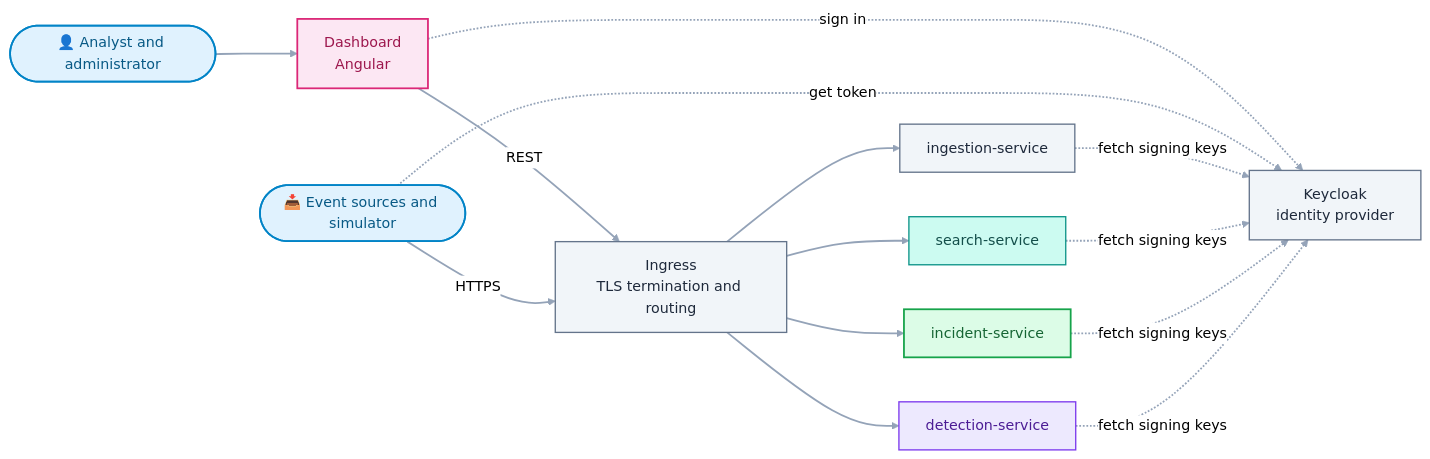
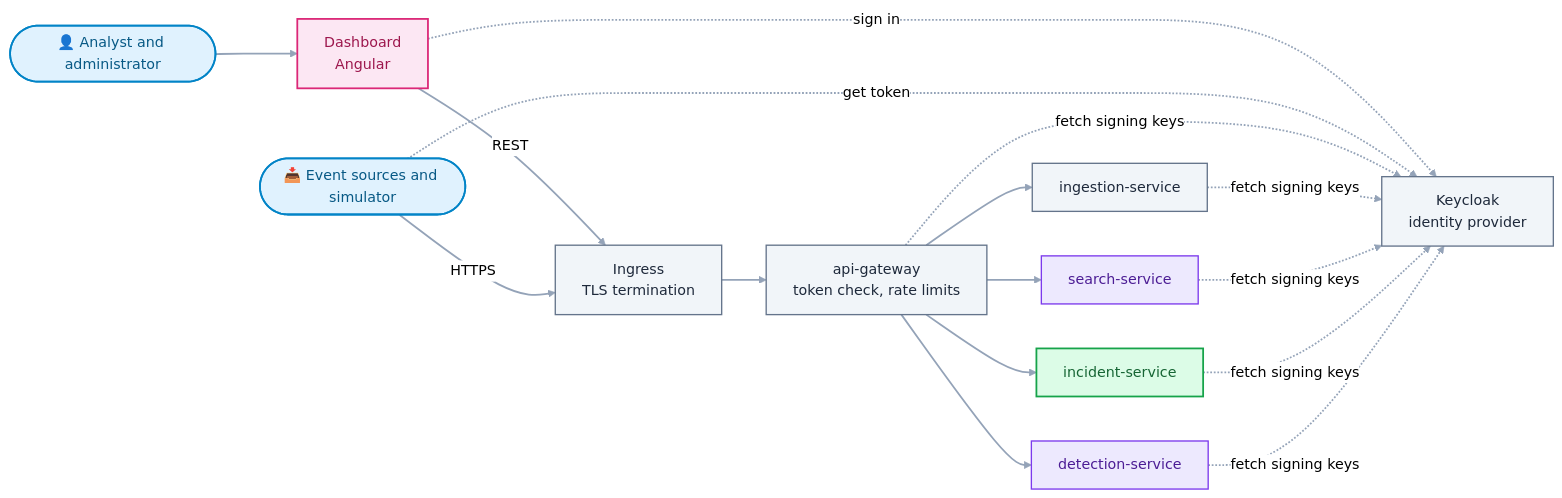
One commit to SecOpsCore/docs changed the third of 7 diagrams in ARCHITECTURE.md. Above: the diagram before and after it, drawn with Mermaid (neutral theme). The commit also changed other lines of this file, not shown here.

Commit message:
docs: update ARCHITECTURE

````diff
--- a/ARCHITECTURE.md
+++ b/ARCHITECTURE.md
@@ -201,42 +205,43 @@
 ```mermaid
 flowchart LR
     ANA(["👤 Analyst and administrator"])
     SRC(["📥 Event sources and simulator"])
     DSH["Dashboard<br/>Angular"]
-    GW["Ingress<br/>TLS termination and routing"]
+    EDG["Ingress<br/>TLS termination"]
+    GWY["api-gateway<br/>token check, rate limits"]
     KC["Keycloak<br/>identity provider"]
     ING["ingestion-service"]
     SRCH["search-service"]
     INC["incident-service"]
     DET["detection-service"]
 
     ANA --> DSH
-    DSH -->|"REST"| GW
+    DSH -->|"REST"| EDG
     DSH -.->|"sign in"| KC
-    SRC -->|"HTTPS"| GW
+    SRC -->|"HTTPS"| EDG
     SRC -.->|"get token"| KC
-    GW --> ING
-    GW --> SRCH
-    GW --> INC
-    GW --> DET
+    EDG --> GWY
+    GWY --> ING
+    GWY --> SRCH
+    GWY --> INC
+    GWY --> DET
+    GWY -.->|"fetch signing keys"| KC
     ING -.->|"fetch signing keys"| KC
     SRCH -.->|"fetch signing keys"| KC
     INC -.->|"fetch signing keys"| KC
     DET -.->|"fetch signing keys"| KC
 
     classDef source fill:#E0F2FE,stroke:#0284C7,color:#075985,stroke-width:2px
     classDef pipeline fill:#F1F5F9,stroke:#64748B,color:#1E293B,stroke-width:1.5px
-    classDef storage fill:#CCFBF1,stroke:#0D9488,color:#134E4A,stroke-width:1.5px
     classDef processing fill:#EDE9FE,stroke:#7C3AED,color:#4C1D95,stroke-width:1.5px
     classDef output fill:#DCFCE7,stroke:#16A34A,color:#166534,stroke-width:2px
     classDef frontend fill:#FCE7F3,stroke:#DB2777,color:#9D174D,stroke-width:2px
 
     class ANA,SRC source
-    class GW,ING,KC pipeline
-    class SRCH storage
-    class DET processing
+    class EDG,GWY,ING,KC pipeline
+    class SRCH,DET processing
     class INC output
     class DSH frontend
 
     linkStyle default stroke:#94A3B8,stroke-width:2px
 ```
````
